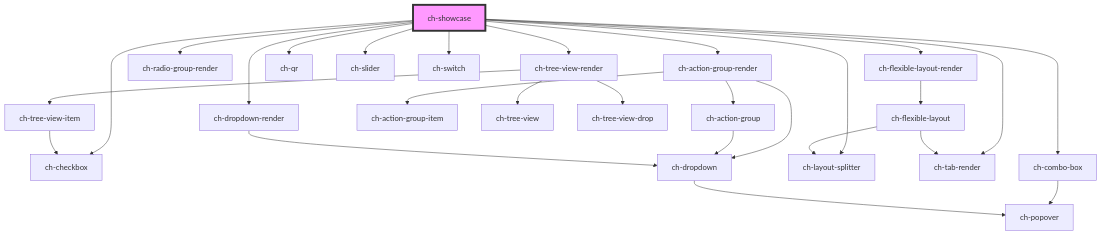
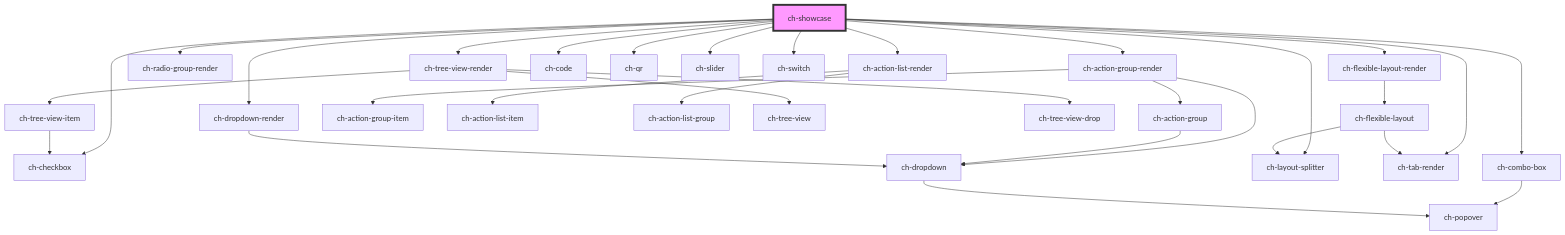
Before and after one commit to genexuslabs/chameleon-controls-library: the diagram in src/showcase/assets/components/readme.md, drawn with Mermaid. The commit also changed other lines of this file and 7 other files, not shown here.

````diff
--- a/src/showcase/assets/components/readme.md
+++ b/src/showcase/assets/components/readme.md
@@ -38,30 +40,34 @@
 ```mermaid
 graph TD;
   ch-showcase --> ch-flexible-layout-render
   ch-showcase --> ch-checkbox
   ch-showcase --> ch-combo-box
   ch-showcase --> ch-radio-group-render
   ch-showcase --> ch-action-group-render
+  ch-showcase --> ch-action-list-render
+  ch-showcase --> ch-code
   ch-showcase --> ch-dropdown-render
   ch-showcase --> ch-layout-splitter
   ch-showcase --> ch-qr
   ch-showcase --> ch-slider
   ch-showcase --> ch-switch
   ch-showcase --> ch-tab-render
   ch-showcase --> ch-tree-view-render
   ch-flexible-layout-render --> ch-flexible-layout
   ch-flexible-layout --> ch-tab-render
   ch-flexible-layout --> ch-layout-splitter
   ch-combo-box --> ch-popover
   ch-action-group-render --> ch-dropdown
   ch-action-group-render --> ch-action-group
   ch-action-group-render --> ch-action-group-item
   ch-dropdown --> ch-popover
   ch-action-group --> ch-dropdown
+  ch-action-list-render --> ch-action-list-item
+  ch-action-list-render --> ch-action-list-group
   ch-dropdown-render --> ch-dropdown
   ch-tree-view-render --> ch-tree-view
   ch-tree-view-render --> ch-tree-view-drop
   ch-tree-view-render --> ch-tree-view-item
   ch-tree-view-item --> ch-checkbox
   style ch-showcase fill:#f9f,stroke:#333,stroke-width:4px
 ```
````
